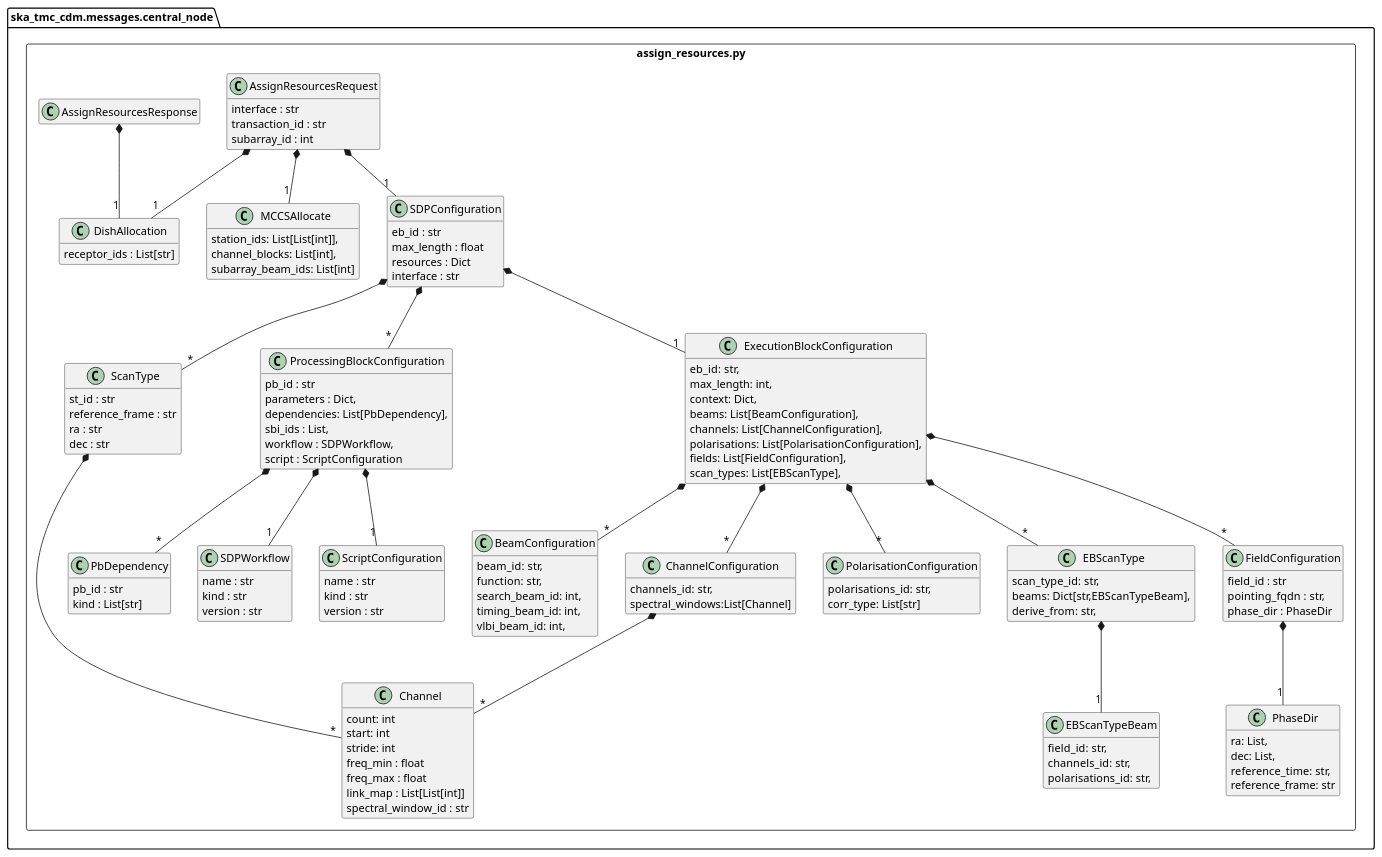
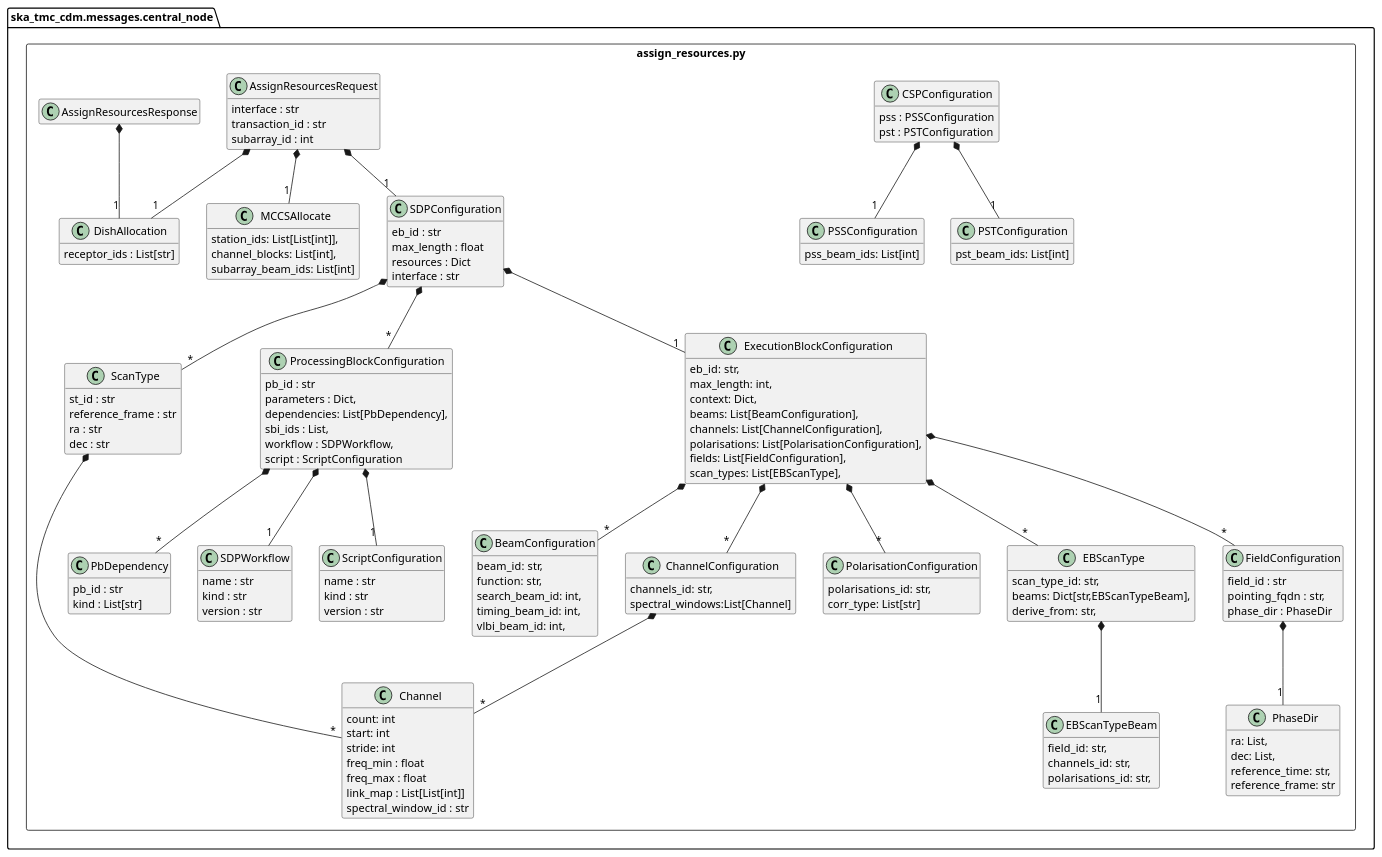
Before and after one commit to ska-telescope/cdm-shared-library: the diagram in docs/src/developer/centralnode/assignresources.puml, drawn with PlantUML. The commit also changed 4 other files, not shown here.

```diff
--- a/docs/src/developer/centralnode/assignresources.puml
+++ b/docs/src/developer/centralnode/assignresources.puml
@@ -1,151 +1,166 @@
 @startuml
 hide empty members
 
 set separator none
 package ska_tmc_cdm.messages.central_node {
     package assign_resources.py <<Rectangle>> {
         class DishAllocation {
             receptor_ids : List[str]
         }
 
         class MCCSAllocate {
             station_ids: List[List[int]],
             channel_blocks: List[int],
             subarray_beam_ids: List[int]
         }
 
         class Channel {
             count: int
             start: int
             stride: int
             freq_min : float
             freq_max : float
             link_map : List[List[int]]
             spectral_window_id : str
         }
 
         class ScanType {
             st_id : str
             reference_frame : str
             ra : str
             dec : str
         }
         ScanType *-- "*" Channel
 
         class PbDependency {
             pb_id : str
             kind : List[str]
         }
 
 
         class PhaseDir {
             ra: List,
             dec: List, 
             reference_time: str, 
             reference_frame: str
         }
         class BeamConfiguration {
             beam_id: str,
             function: str,
             search_beam_id: int,
             timing_beam_id: int,
             vlbi_beam_id: int,
         }
         class ChannelConfiguration {
             channels_id: str,
             spectral_windows:List[Channel] 
         }
         ChannelConfiguration  *-- "*" Channel
 
         class PolarisationConfiguration {
             polarisations_id: str,
             corr_type: List[str]  
         }
         class EBScanTypeBeam {
             field_id: str,
             channels_id: str,
             polarisations_id: str, 
         }
         class EBScanType {
             scan_type_id: str,
             beams: Dict[str,EBScanTypeBeam],
             derive_from: str, 
         }
         EBScanType  *-- "1" EBScanTypeBeam
 
         class FieldConfiguration {
             field_id : str
             pointing_fqdn : str,
             phase_dir : PhaseDir
         }
 
         FieldConfiguration  *-- "1" PhaseDir
 
         class SDPWorkflow {
             name : str
             kind : str
             version : str
         }
         
         class ScriptConfiguration {
             name : str
             kind : str
             version : str
         }
 
         class ProcessingBlockConfiguration {
             pb_id : str
             parameters : Dict,
             dependencies: List[PbDependency],
             sbi_ids : List,
             workflow : SDPWorkflow,
             script : ScriptConfiguration
         }
         ProcessingBlockConfiguration  *-- "1" SDPWorkflow
         ProcessingBlockConfiguration  *-- "*" PbDependency
         ProcessingBlockConfiguration  *-- "1" ScriptConfiguration
 
         class ExecutionBlockConfiguration {
             eb_id: str,
             max_length: int,
             context: Dict,
             beams: List[BeamConfiguration],
             channels: List[ChannelConfiguration],
             polarisations: List[PolarisationConfiguration],
             fields: List[FieldConfiguration],
             scan_types: List[EBScanType],
         }
 
         ExecutionBlockConfiguration  *-- "*" BeamConfiguration
         ExecutionBlockConfiguration  *-- "*" ChannelConfiguration
         ExecutionBlockConfiguration  *-- "*" PolarisationConfiguration
         ExecutionBlockConfiguration  *-- "*" FieldConfiguration
         ExecutionBlockConfiguration  *-- "*" EBScanType
 
 
         class SDPConfiguration {
             eb_id : str
             max_length : float
             resources : Dict
             interface : str
         }
         SDPConfiguration *-- "*" ScanType
         SDPConfiguration *-- "*" ProcessingBlockConfiguration
         SDPConfiguration *-- "1" ExecutionBlockConfiguration
 
+        class PSSConfiguration{
+            pss_beam_ids: List[int]
+        }
+
+        class PSTConfiguration{
+            pst_beam_ids: List[int]
+        }
+
+        class CSPConfiguration {
+            pss : PSSConfiguration
+            pst : PSTConfiguration
+        }
+        CSPConfiguration *-- "1" PSSConfiguration
+        CSPConfiguration *-- "1" PSTConfiguration
+
      
         class AssignResourcesRequest {
             interface : str
             transaction_id : str
             subarray_id : int
         }
 
         AssignResourcesRequest *-- "1" DishAllocation
         AssignResourcesRequest *-- "1" MCCSAllocate
         AssignResourcesRequest *-- "1" SDPConfiguration
 
         class AssignResourcesResponse
         AssignResourcesResponse *-- "1" DishAllocation
 	}
 }
 @enduml
```
